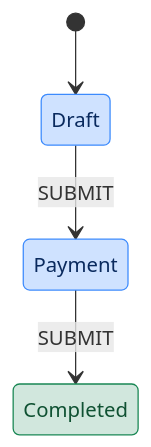
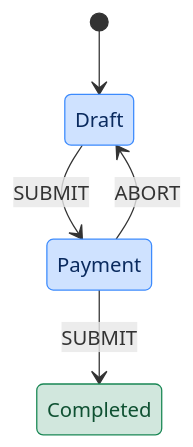
One commit to island-is/island.is changed the diagram in libs/application/templates/pay-debts/README.md. Above: the diagram before and after it, drawn with Mermaid. The commit also changed other lines of this file and 19 other files, not shown here.

First line of the commit message:
feat(pay-debts): pay debts through the debt payment flow

````diff
--- a/libs/application/templates/pay-debts/README.md
+++ b/libs/application/templates/pay-debts/README.md
@@ -36,13 +36,14 @@
 ```mermaid
 stateDiagram-v2
     [*] --> Draft
     Draft --> Payment: SUBMIT
     Payment --> Completed: SUBMIT
+    Payment --> Draft: ABORT
 
     classDef applicant fill:#cfe2ff,stroke:#3d8bfd,color:#0a2a5e
     classDef success fill:#d1e7dd,stroke:#198754,color:#0f5132
 
     class Draft applicant
     class Payment applicant
     class Completed success
 ```
````
